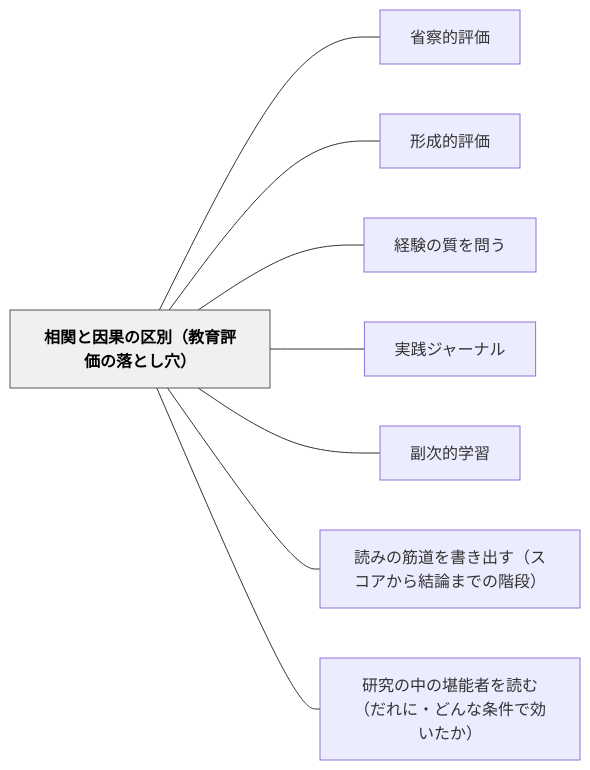
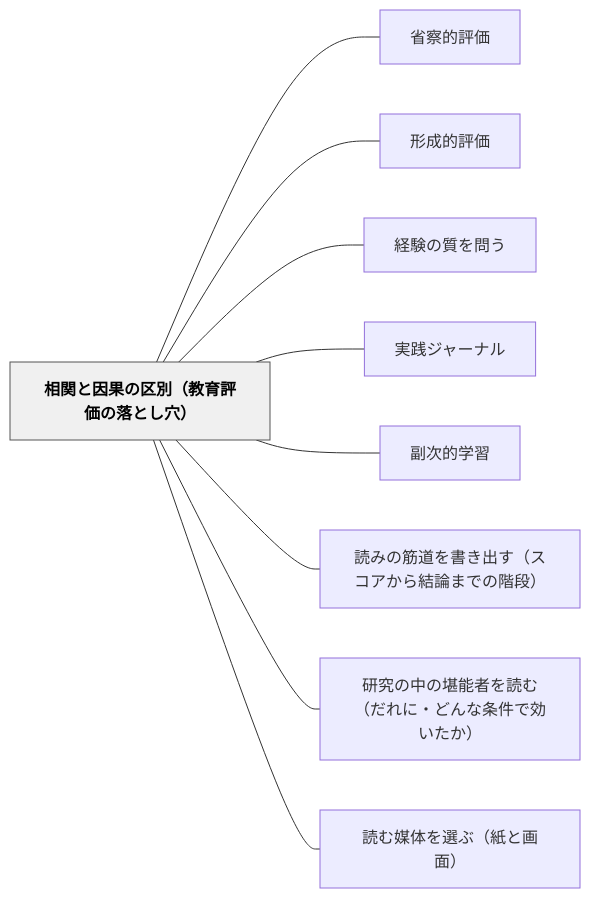
One commit to unknownthings-ed-patterns/unknownthings-ed-patterns changed the diagram in content/パタン/相関と因果の区別（教育評価の落とし穴）.md. Above: the diagram before and after it, drawn with Mermaid. The commit also changed other lines of this file and 11 other files, not shown here.

````diff
--- a/content/パタン/相関と因果の区別（教育評価の落とし穴）.md
+++ b/content/パタン/相関と因果の区別（教育評価の落とし穴）.md
@@ -214,22 +219,24 @@
 ```mermaid
 flowchart LR
     ne79bb8e996a2e381a8e59ba0e69e9ce381aee58cbae588a5efbc88e69599e882b2e8a995e4bea1e381aee890bde381a8e38197e7a9b4efbc89["相関と因果の区別（教育評価の落とし穴）"]
     ne79c81e5af9fe79a84e8a995e4bea1["省察的評価"]
     ne5bda2e68890e79a84e8a995e4bea1["形成的評価"]
     ne7b58ce9a893e381aee8b3aae38292e5958fe38186["経験の質を問う"]
     ne5ae9fe8b7b5e382b8e383a3e383bce3838ae383ab["実践ジャーナル"]
     ne589afe6aca1e79a84e5ada6e7bf92["副次的学習"]
     ne8aaade381bfe381aee7ad8be98193e38292e69bb8e3818de587bae38199efbc88e382b9e382b3e382a2e3818be38289e7b590e8ab96e381bee381a7e381aee99a8ee6aeb5efbc89["読みの筋道を書き出す（スコアから結論までの階段）"]
     ne7a094e7a9b6e381aee4b8ade381aee5a0aae883bde88085e38292e8aaade38280efbc88e381a0e3828ce381abe383bbe381a9e38293e381aae69da1e4bbb6e381a7e58ab9e38184e3819fe3818befbc89["研究の中の堪能者を読む（だれに・どんな条件で効いたか）"]
+    ne8aaade38280e5aa92e4bd93e38292e981b8e381b6efbc88e7b499e381a8e794bbe99da2efbc89["読む媒体を選ぶ（紙と画面）"]
 
     ne79bb8e996a2e381a8e59ba0e69e9ce381aee58cbae588a5efbc88e69599e882b2e8a995e4bea1e381aee890bde381a8e38197e7a9b4efbc89 --- ne79c81e5af9fe79a84e8a995e4bea1
     ne79bb8e996a2e381a8e59ba0e69e9ce381aee58cbae588a5efbc88e69599e882b2e8a995e4bea1e381aee890bde381a8e38197e7a9b4efbc89 --- ne5bda2e68890e79a84e8a995e4bea1
     ne79bb8e996a2e381a8e59ba0e69e9ce381aee58cbae588a5efbc88e69599e882b2e8a995e4bea1e381aee890bde381a8e38197e7a9b4efbc89 --- ne7b58ce9a893e381aee8b3aae38292e5958fe38186
     ne79bb8e996a2e381a8e59ba0e69e9ce381aee58cbae588a5efbc88e69599e882b2e8a995e4bea1e381aee890bde381a8e38197e7a9b4efbc89 --- ne5ae9fe8b7b5e382b8e383a3e383bce3838ae383ab
     ne79bb8e996a2e381a8e59ba0e69e9ce381aee58cbae588a5efbc88e69599e882b2e8a995e4bea1e381aee890bde381a8e38197e7a9b4efbc89 --- ne589afe6aca1e79a84e5ada6e7bf92
     ne79bb8e996a2e381a8e59ba0e69e9ce381aee58cbae588a5efbc88e69599e882b2e8a995e4bea1e381aee890bde381a8e38197e7a9b4efbc89 --- ne8aaade381bfe381aee7ad8be98193e38292e69bb8e3818de587bae38199efbc88e382b9e382b3e382a2e3818be38289e7b590e8ab96e381bee381a7e381aee99a8ee6aeb5efbc89
     ne79bb8e996a2e381a8e59ba0e69e9ce381aee58cbae588a5efbc88e69599e882b2e8a995e4bea1e381aee890bde381a8e38197e7a9b4efbc89 --- ne7a094e7a9b6e381aee4b8ade381aee5a0aae883bde88085e38292e8aaade38280efbc88e381a0e3828ce381abe383bbe381a9e38293e381aae69da1e4bbb6e381a7e58ab9e38184e3819fe3818befbc89
+    ne79bb8e996a2e381a8e59ba0e69e9ce381aee58cbae588a5efbc88e69599e882b2e8a995e4bea1e381aee890bde381a8e38197e7a9b4efbc89 --- ne8aaade38280e5aa92e4bd93e38292e981b8e381b6efbc88e7b499e381a8e794bbe99da2efbc89
 
     classDef hub fill:#f0f0f0,stroke:#555,color:#000,font-weight:bold
     class ne79bb8e996a2e381a8e59ba0e69e9ce381aee58cbae588a5efbc88e69599e882b2e8a995e4bea1e381aee890bde381a8e38197e7a9b4efbc89 hub
 ```
````
